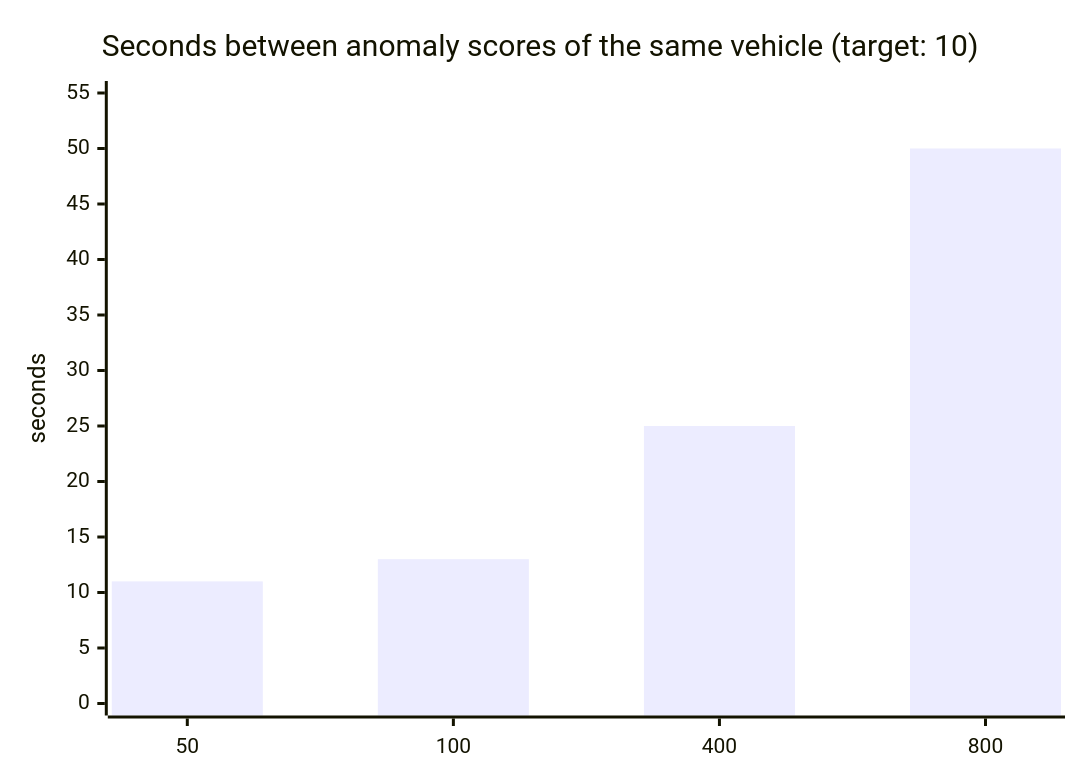
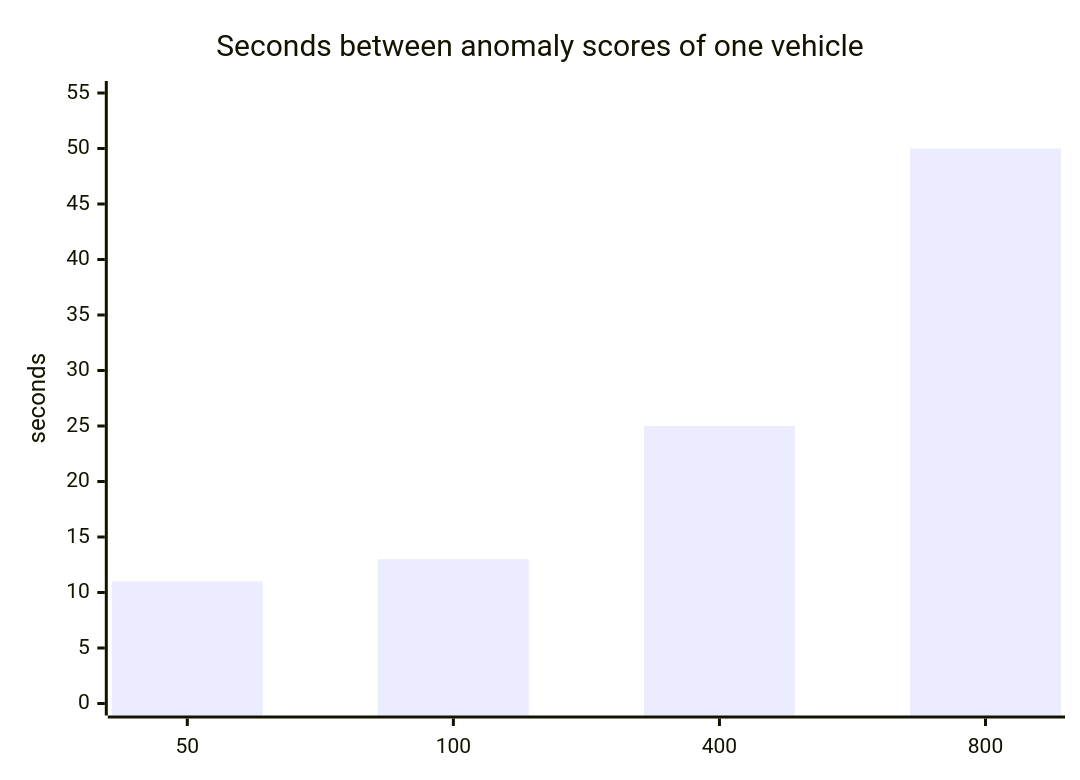
One commit to Kritis11/Digital-Twin-Enabled-Smart-Fleet-Management changed the third of 3 diagrams in docs/performance.md. Above: the diagram before and after it, drawn with Mermaid. The commit also changed other lines of this file and 20 other files, not shown here.

````diff
--- a/docs/performance.md
+++ b/docs/performance.md
@@ -148,7 +150,7 @@
 ```mermaid
 xychart-beta
-    title "Seconds between anomaly scores of the same vehicle (target: 10)"
+    title "Seconds between anomaly scores of one vehicle"
     x-axis [50, 100, 400, 800]
     y-axis "seconds" 0 --> 55
     bar [11, 13, 25, 50]
 ```
````
